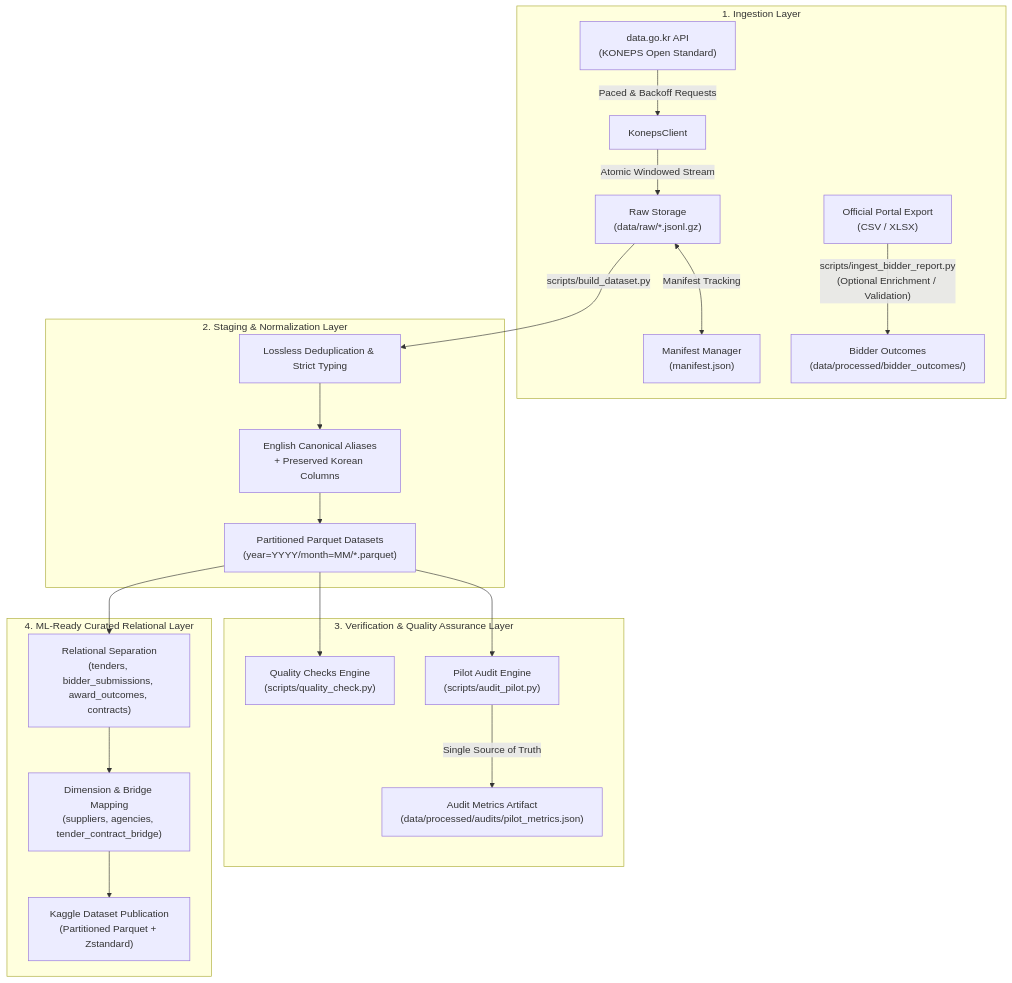
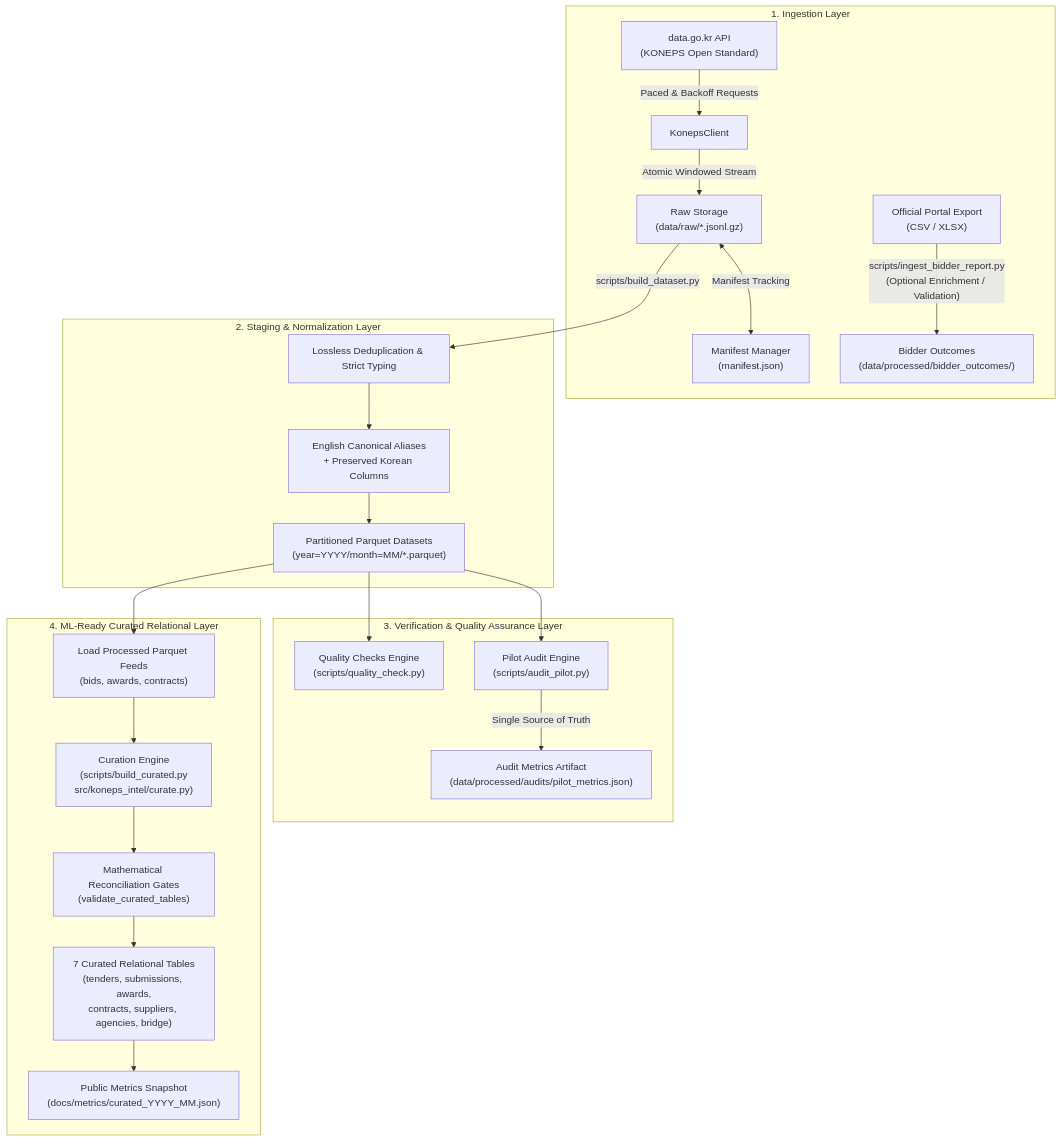
The diagram in docs/ARCHITECTURE.en.md (TaeyanG4/koneps-procurement-intelligence), drawn with Mermaid before and after one commit. The commit also changed other lines of this file and 30 other files, not shown here.

Commit message:
feat: build relational curated tables for August pilot

````diff
--- a/docs/ARCHITECTURE.en.md
+++ b/docs/ARCHITECTURE.en.md
@@ -11,27 +11,29 @@
 ```mermaid
 flowchart TD
     subgraph S1["1. Ingestion Layer"]
         A["data.go.kr API<br/>(KONEPS Open Standard)"] -->|"Paced & Backoff Requests"| B["KonepsClient"]
         B -->|"Atomic Windowed Stream"| C["Raw Storage<br/>(data/raw/*.jsonl.gz)"]
         C <-->|"Manifest Tracking"| M["Manifest Manager<br/>(manifest.json)"]
         D["Official Portal Export<br/>(CSV / XLSX)"] -->|"scripts/ingest_bidder_report.py<br/>(Optional Enrichment / Validation)"| E["Bidder Outcomes<br/>(data/processed/bidder_outcomes/)"]
     end
 
     subgraph S2["2. Staging & Normalization Layer"]
         C -->|"scripts/build_dataset.py"| F["Lossless Deduplication & Strict Typing"]
         F --> G["English Canonical Aliases<br/>+ Preserved Korean Columns"]
         G --> H["Partitioned Parquet Datasets<br/>(year=YYYY/month=MM/*.parquet)"]
     end
 
     subgraph S3["3. Verification & Quality Assurance Layer"]
         H --> I["Quality Checks Engine<br/>(scripts/quality_check.py)"]
         H --> J["Pilot Audit Engine<br/>(scripts/audit_pilot.py)"]
         J -->|"Single Source of Truth"| K["Audit Metrics Artifact<br/>(data/processed/audits/pilot_metrics.json)"]
     end
 
     subgraph S4["4. ML-Ready Curated Relational Layer"]
-        H --> L["Relational Separation<br/>(tenders, bidder_submissions, award_outcomes, contracts)"]
-        L --> N["Dimension & Bridge Mapping<br/>(suppliers, agencies, tender_contract_bridge)"]
-        N --> P["Kaggle Dataset Publication<br/>(Partitioned Parquet + Zstandard)"]
+        H --> L["Load Processed Parquet Feeds<br/>(bids, awards, contracts)"]
+        L --> M1["Curation Engine<br/>(scripts/build_curated.py<br/>src/koneps_intel/curate.py)"]
+        M1 --> N["Mathematical Reconciliation Gates<br/>(validate_curated_tables)"]
+        N --> O["7 Curated Relational Tables<br/>(tenders, submissions, awards,<br/>contracts, suppliers, agencies, bridge)"]
+        O --> P["Public Metrics Snapshot<br/>(docs/metrics/curated_YYYY_MM.json)"]
     end
 ```
````
